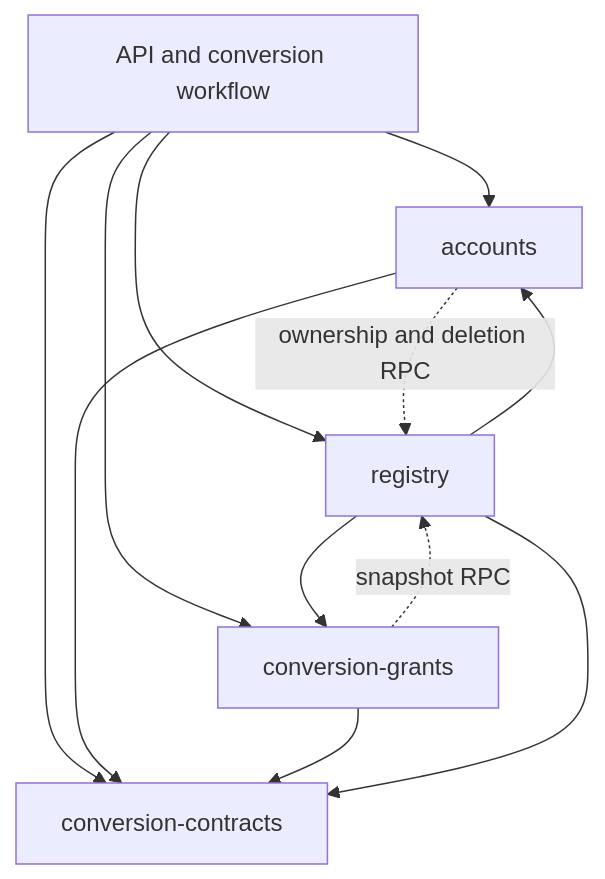
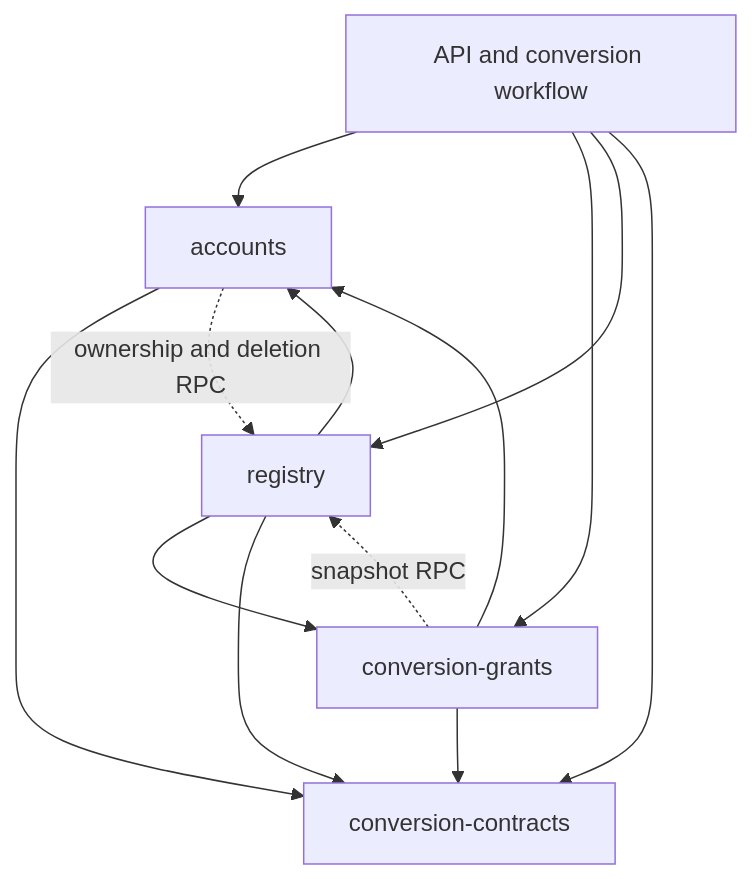
One commit to patricktree/cup changed the second of 2 diagrams in docs/architecture/README.md. Above: the diagram before and after it, drawn with Mermaid. The commit also changed other lines of this file and 2 other files, not shown here.

First line of the commit message:
docs: record grants reusing the accounts rate limiter

````diff
--- a/docs/architecture/README.md
+++ b/docs/architecture/README.md
@@ -62,14 +62,15 @@
 ```mermaid
 flowchart TD
     API[API and conversion workflow] --> Accounts[accounts]
     API --> Grants[conversion-grants]
     API --> Registry[registry]
     API --> Contracts[conversion-contracts]
     Registry --> Accounts
     Registry --> Grants
+    Grants --> Accounts
     Accounts --> Contracts
     Grants --> Contracts
     Registry --> Contracts
     Accounts -. ownership and deletion RPC .-> Registry
     Grants -. snapshot RPC .-> Registry
 ```
````
